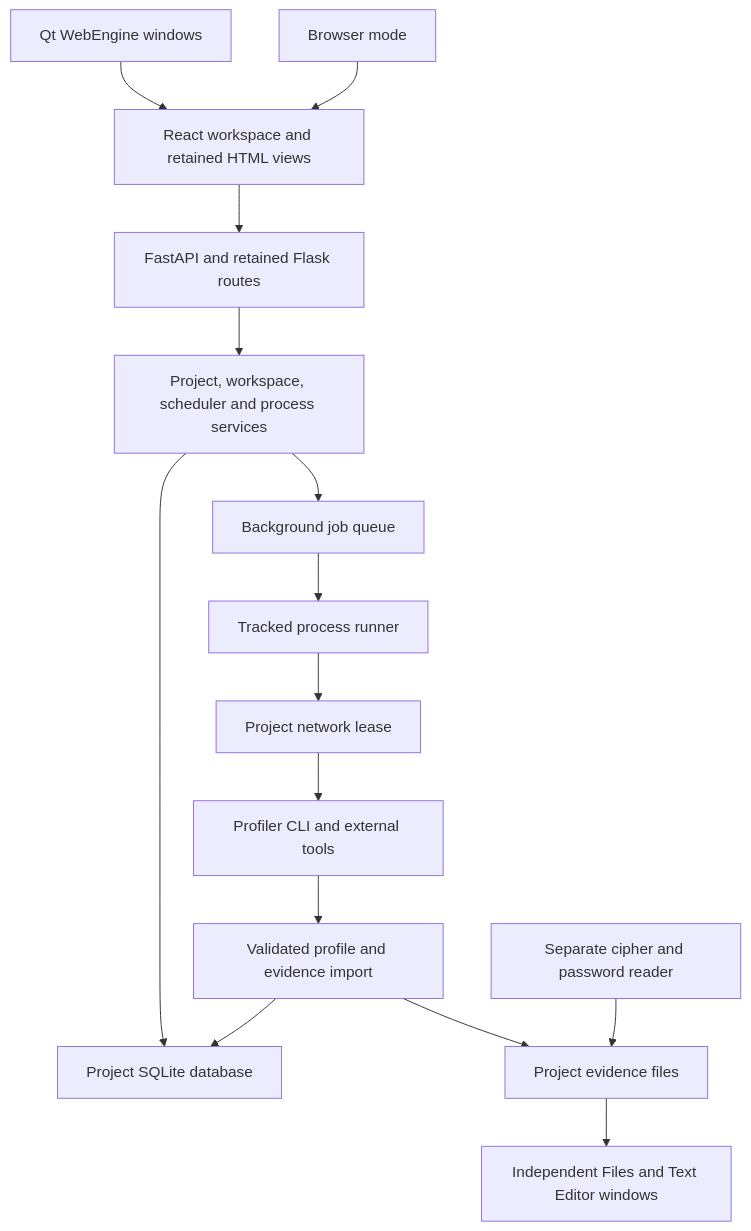
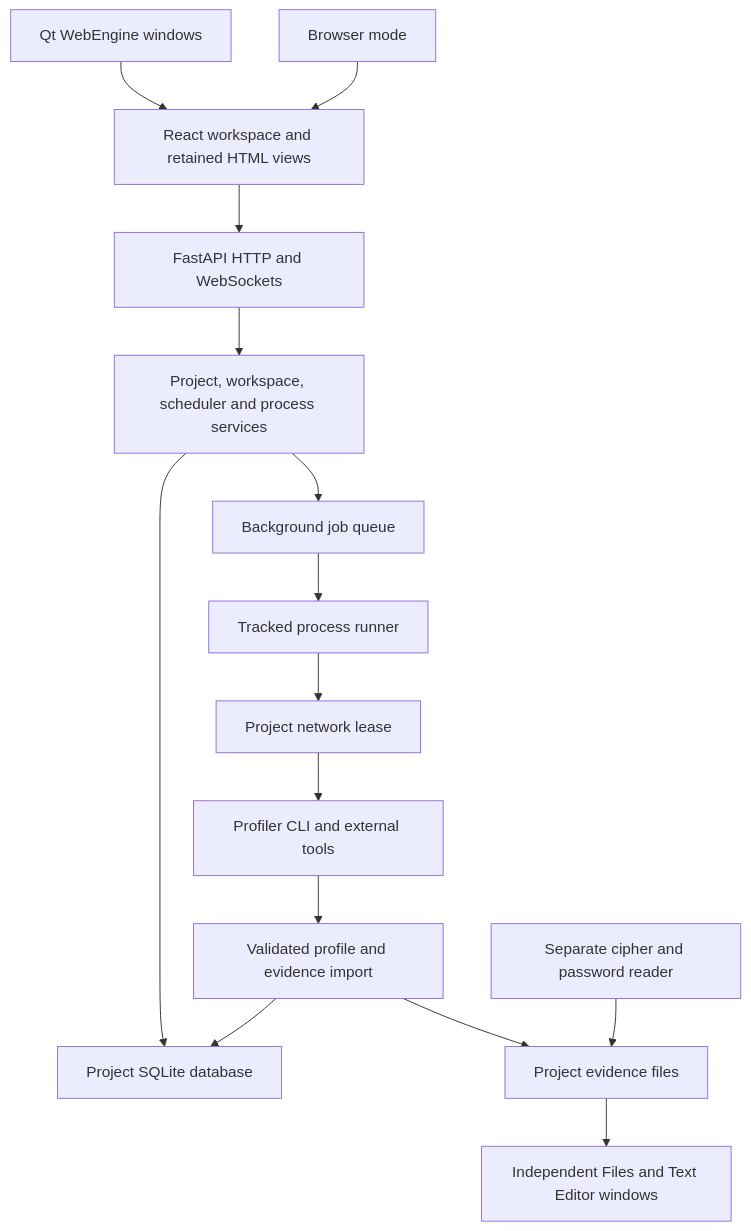
One commit to Sploosh4/Flaghop changed the diagram in docs/architecture.md. Above: the diagram before and after it, drawn with Mermaid. The commit also changed other lines of this file and 107 other files, not shown here.

Commit message:
Migrate FlagHop to FastAPI and verify architecture improvements

````diff
--- a/docs/architecture.md
+++ b/docs/architecture.md
@@ -8,17 +8,17 @@
 ```mermaid
 flowchart TD
   Desktop[Qt WebEngine windows] --> UI[React workspace and retained HTML views]
   Browser[Browser mode] --> UI
-  UI --> API[FastAPI and retained Flask routes]
+  UI --> API[FastAPI HTTP and WebSockets]
   API --> Services[Project, workspace, scheduler and process services]
   Services --> Jobs[Background job queue]
   Jobs --> Runner[Tracked process runner]
   Runner --> Guard[Project network lease]
   Guard --> Scanner[Profiler CLI and external tools]
   Scanner --> Import[Validated profile and evidence import]
   Services --> DB[Project SQLite database]
   Import --> DB
   Import --> Files[Project evidence files]
   Files --> Editor[Independent Files and Text Editor windows]
   Reader[Separate cipher and password reader] --> Files
 ```
````
